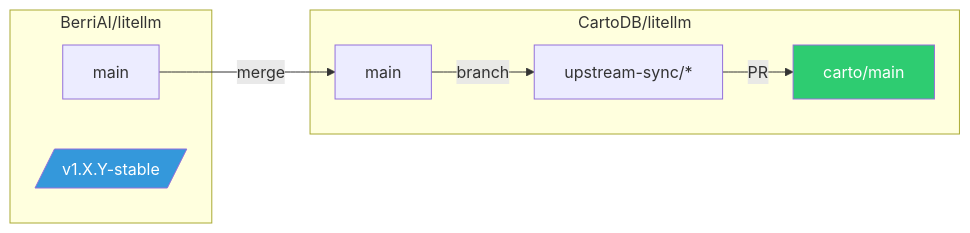
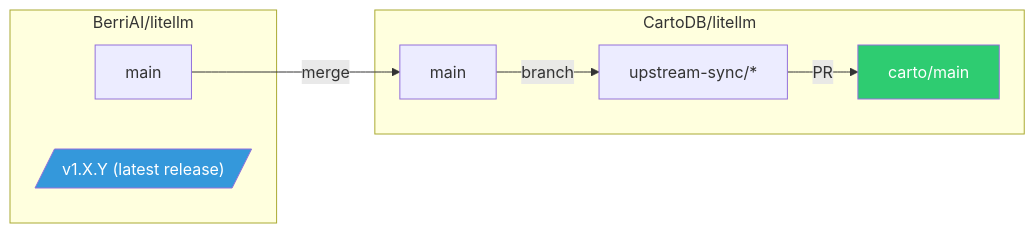
One commit to CartoDB/litellm changed the first of 5 diagrams in .github/workflows/CARTO_UPSTREAM_SYNC.md. Above: the diagram before and after it, drawn with Mermaid. The commit also changed other lines of this file and 2 other files, not shown here.

First line of the commit message:
fix(ci): detect upstream releases without the -stable tag suffix (#120)

````diff
--- a/.github/workflows/CARTO_UPSTREAM_SYNC.md
+++ b/.github/workflows/CARTO_UPSTREAM_SYNC.md
@@ -9,20 +9,20 @@
 ```mermaid
 flowchart LR
     subgraph Upstream["BerriAI/litellm"]
         U_MAIN[main]
-        U_STABLE[/"v1.X.Y-stable"/]
+        U_STABLE[/"v1.X.Y (latest release)"/]
     end
 
     subgraph CARTO["CartoDB/litellm"]
         C_MAIN[main]
         C_CARTO[carto/main]
         C_SYNC[upstream-sync/*]
     end
 
     U_MAIN -->|"merge"| C_MAIN
     C_MAIN -->|"branch"| C_SYNC
     C_SYNC -->|"PR"| C_CARTO
 
     style C_CARTO fill:#2ecc71,color:#fff
     style U_STABLE fill:#3498db,color:#fff
 ```
````
